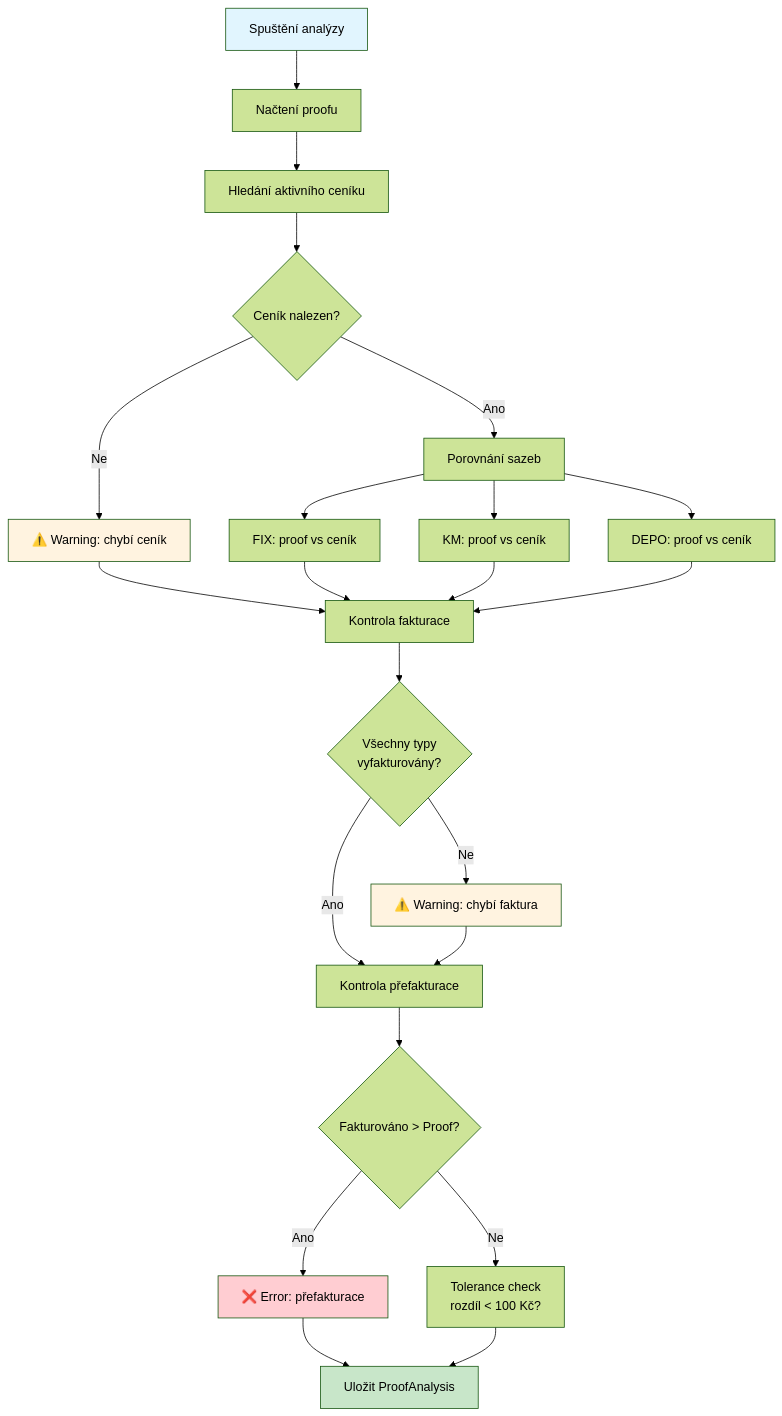
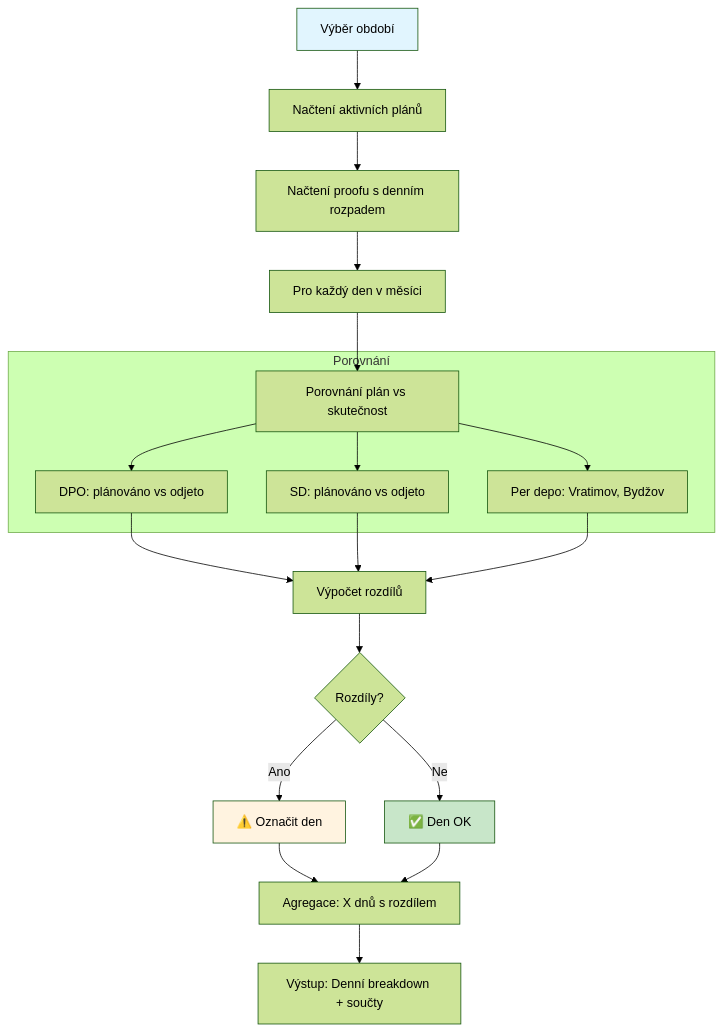
One commit to JakubKrejcir/alza-cost-control changed the eighth of 12 diagrams in docs/DIAGRAMS_APP.md. Above: the diagram before and after it, drawn with Mermaid (forest theme). The commit also changed other lines of this file and 13 other files, not shown here.

````diff
--- a/docs/DIAGRAMS_APP.md
+++ b/docs/DIAGRAMS_APP.md
@@ -159,28 +228,25 @@
 ```mermaid
 flowchart TD
-    A[Spuštění analýzy] --> B[Načtení proofu]
-    B --> C[Hledání aktivního ceníku]
-    C --> D{Ceník nalezen?}
-    D -->|Ne| E[⚠️ Warning: chybí ceník]
-    D -->|Ano| F[Porovnání sazeb]
-    E --> G[Kontrola fakturace]
-    F --> F1[FIX: proof vs ceník]
-    F --> F2[KM: proof vs ceník]
-    F --> F3[DEPO: proof vs ceník]
-    F1 & F2 & F3 --> G
-    G --> H{Všechny typy<br/>vyfakturovány?}
-    H -->|Ne| I[⚠️ Warning: chybí faktura]
-    H -->|Ano| J[Kontrola přefakturace]
-    I --> J
-    J --> K{Fakturováno > Proof?}
-    K -->|Ano| L[❌ Error: přefakturace]
-    K -->|Ne| M[Tolerance check<br/>rozdíl < 100 Kč?]
-    L --> N[Uložit ProofAnalysis]
-    M --> N
+    A[Výběr období] --> B[Načtení aktivních plánů]
+    B --> C[Načtení proofu s denním rozpadem]
+    C --> D[Pro každý den v měsíci]
+    D --> E[Porovnání plán vs skutečnost]
+    
+    subgraph COMPARE ["Porovnání"]
+        E --> F[DPO: plánováno vs odjeto]
+        E --> G[SD: plánováno vs odjeto]
+        E --> H[Per depo: Vratimov, Bydžov]
+    end
+    
+    F & G & H --> I[Výpočet rozdílů]
+    I --> J{Rozdíly?}
+    J -->|Ano| K[⚠️ Označit den]
+    J -->|Ne| L[✅ Den OK]
+    K --> M[Agregace: X dnů s rozdílem]
+    L --> M
+    M --> N[Výstup: Denní breakdown + součty]
     
     style A fill:#e1f5fe
-    style E fill:#fff3e0
-    style I fill:#fff3e0
-    style L fill:#ffcdd2
-    style N fill:#c8e6c9
+    style K fill:#fff3e0
+    style L fill:#c8e6c9
 ```
````
